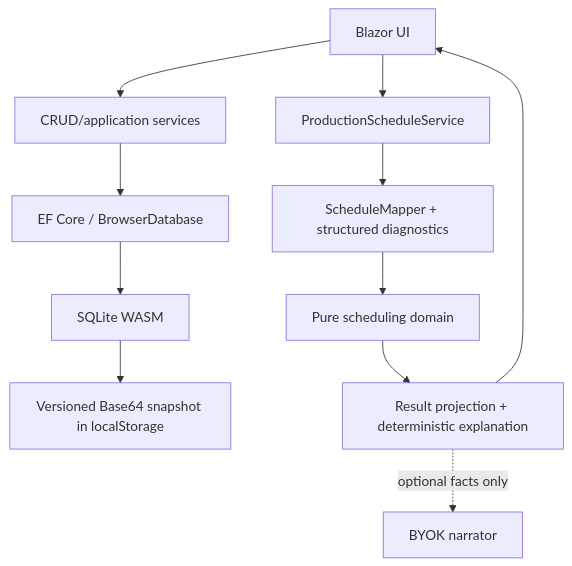
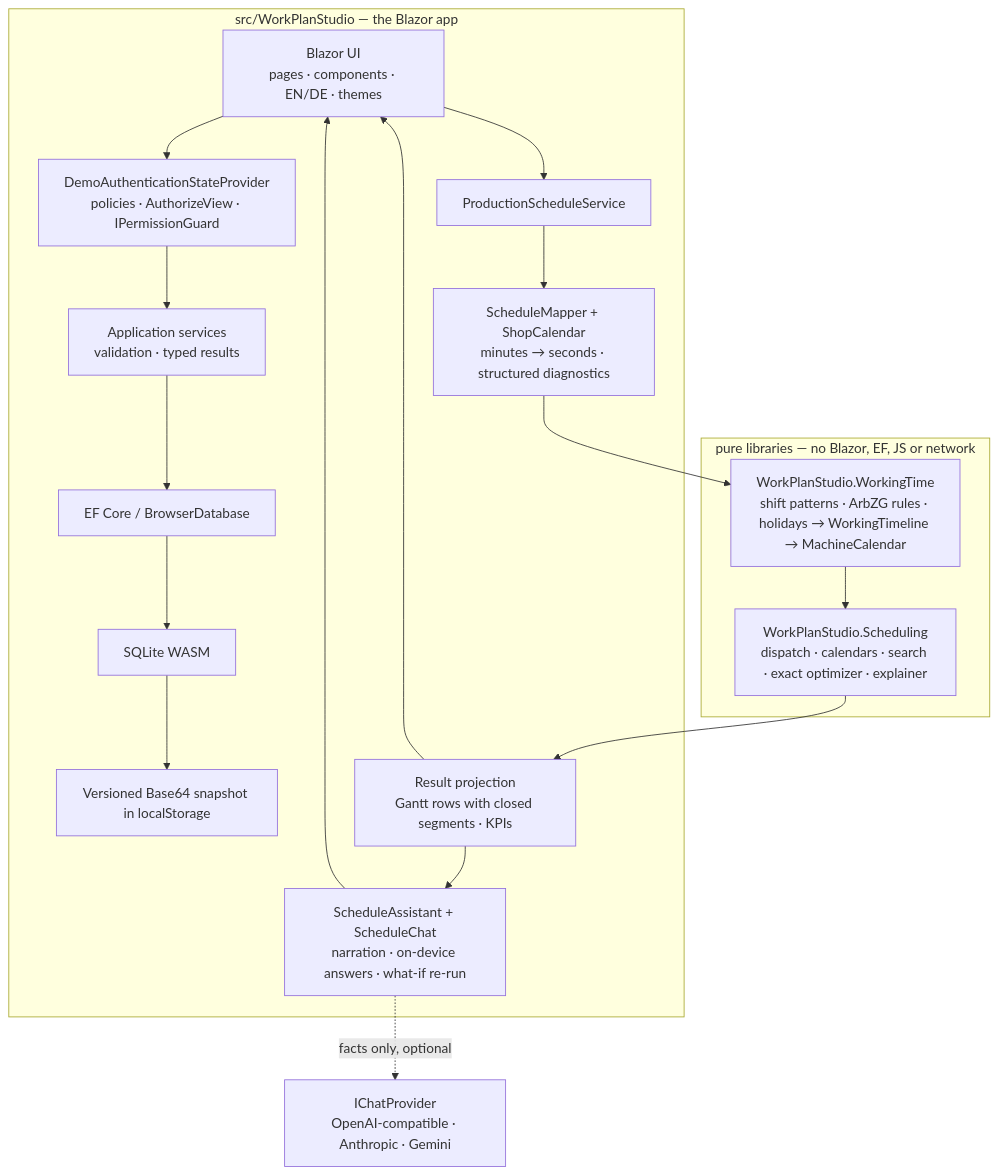
Before and after one commit to aco993/WorkPlanStudio: the diagram in docs/ARCHITECTURE.md, drawn with Mermaid. The commit also changed other lines of this file and 9 other files, not shown here.

First line of the commit message:
docs: README EN/DE, architecture, changelog 0.2.0 and the rest brought current

````diff
--- a/docs/ARCHITECTURE.md
+++ b/docs/ARCHITECTURE.md
@@ -5,13 +5,25 @@
 ```mermaid
 flowchart TD
-    UI["Blazor UI"] --> APP["CRUD/application services"]
-    APP --> EF["EF Core / BrowserDatabase"]
-    EF --> SQL["SQLite WASM"]
-    SQL --> LS["Versioned Base64 snapshot in localStorage"]
-    UI --> PS["ProductionScheduleService"]
-    PS --> MAP["ScheduleMapper + structured diagnostics"]
-    MAP --> CORE["Pure scheduling domain"]
-    CORE --> VIEW["Result projection + deterministic explanation"]
-    VIEW --> UI
-    VIEW -. optional facts only .-> AI["BYOK narrator"]
+    subgraph App["src/WorkPlanStudio — the Blazor app"]
+        UI["Blazor UI<br/>pages · components · EN/DE · themes"]
+        AUTH["DemoAuthenticationStateProvider<br/>policies · AuthorizeView · IPermissionGuard"]
+        APP["Application services<br/>validation · typed results"]
+        EF["EF Core / BrowserDatabase"]
+        SQL["SQLite WASM"]
+        LS["Versioned Base64 snapshot in localStorage"]
+        PS["ProductionScheduleService"]
+        MAP["ScheduleMapper + ShopCalendar<br/>minutes → seconds · structured diagnostics"]
+        VIEW["Result projection<br/>Gantt rows with closed segments · KPIs"]
+        ASSIST["ScheduleAssistant + ScheduleChat<br/>narration · on-device answers · what-if re-run"]
+    end
+    subgraph Libraries["pure libraries — no Blazor, EF, JS or network"]
+        WT["WorkPlanStudio.WorkingTime<br/>shift patterns · ArbZG rules · holidays → WorkingTimeline → MachineCalendar"]
+        CORE["WorkPlanStudio.Scheduling<br/>dispatch · calendars · search · exact optimizer · explainer"]
+    end
+    AI["IChatProvider<br/>OpenAI-compatible · Anthropic · Gemini"]
+
+    UI --> AUTH --> APP --> EF --> SQL --> LS
+    UI --> PS --> MAP --> WT --> CORE --> VIEW --> UI
+    VIEW --> ASSIST --> UI
+    ASSIST -. facts only, optional .-> AI
 ```
````
